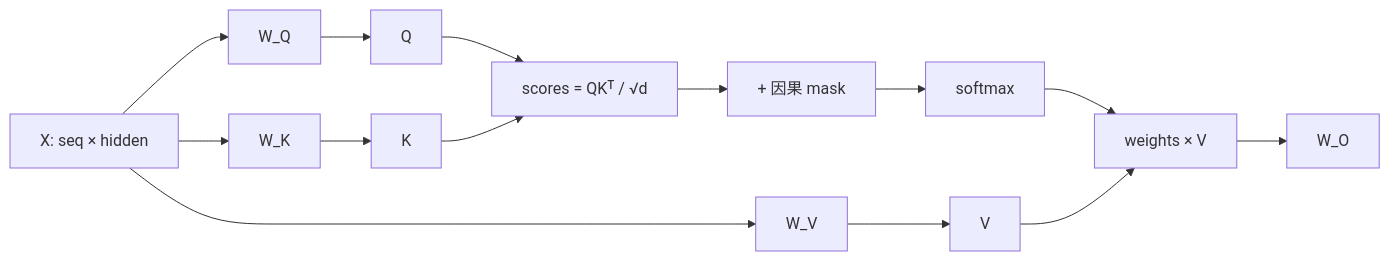
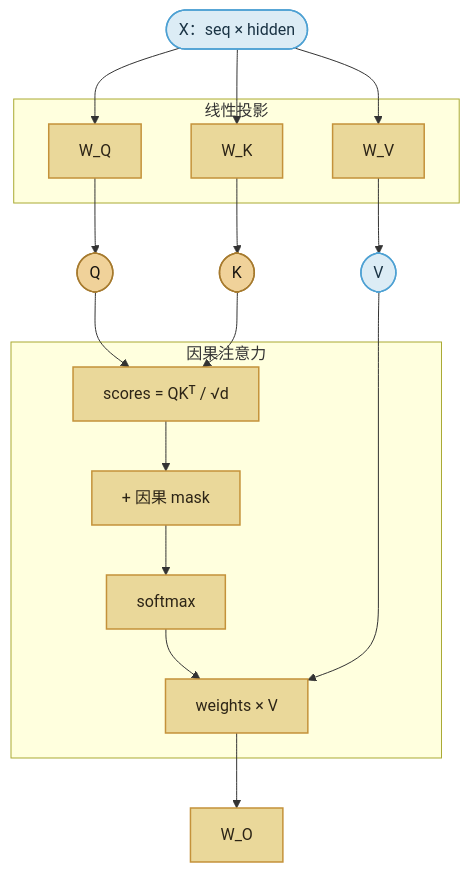
Before and after one commit to xiangel/llm-inference-course: the diagram in src/content/docs/01-transformer/03-attention.mdx, drawn with Mermaid. The commit also changed 9 other files, not shown here.

First line of the commit message:
Restyle architecture diagrams to match the book palette

````diff
--- a/src/content/docs/01-transformer/03-attention.mdx
+++ b/src/content/docs/01-transformer/03-attention.mdx
@@ -95,16 +95,36 @@
 ```mermaid
-flowchart LR
-  X["X: seq × hidden"] --> WQ["W_Q"]
-  X --> WK["W_K"]
-  X --> WV["W_V"]
-  WQ --> Q["Q"]
-  WK --> K["K"]
-  WV --> V["V"]
-  Q --> S["scores = QKᵀ / √d"]
+flowchart TB
+  classDef memory fill:#dcecf5,stroke:#4ea1d3,color:#1a3344,stroke-width:1.5px
+  classDef compute fill:#ead89a,stroke:#c4923a,color:#2c2416,stroke-width:1.5px
+  classDef sample fill:#f0d29a,stroke:#a67a2e,color:#171410,stroke-width:1.5px
+
+  X(["X：seq × hidden"]):::memory
+
+  subgraph Proj["线性投影"]
+    WQ["W_Q"]:::compute
+    WK["W_K"]:::compute
+    WV["W_V"]:::compute
+  end
+
+  Q(["Q"]):::sample
+  K(["K"]):::sample
+  V(["V"]):::memory
+
+  subgraph Attend["因果注意力"]
+    S["scores = QKᵀ / √d"]:::compute
+    M["+ 因果 mask"]:::compute
+    SM["softmax"]:::compute
+    O["weights × V"]:::compute
+  end
+
+  WO["W_O"]:::compute
+
+  X --> WQ & WK & WV
+  WQ --> Q
+  WK --> K
+  WV --> V
+  Q --> S
   K --> S
-  S --> M["+ 因果 mask"]
-  M --> SM["softmax"]
-  SM --> O["weights × V"]
-  V --> O
-  O --> WO["W_O"]
+  S --> M --> SM --> O
+  V --> O --> WO
 ```
````
